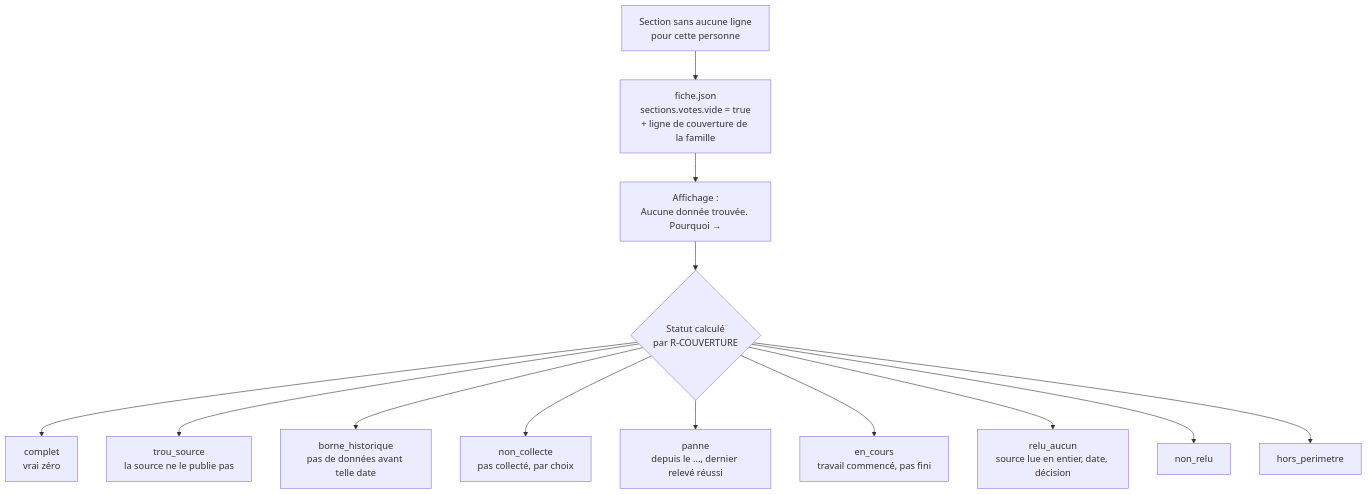
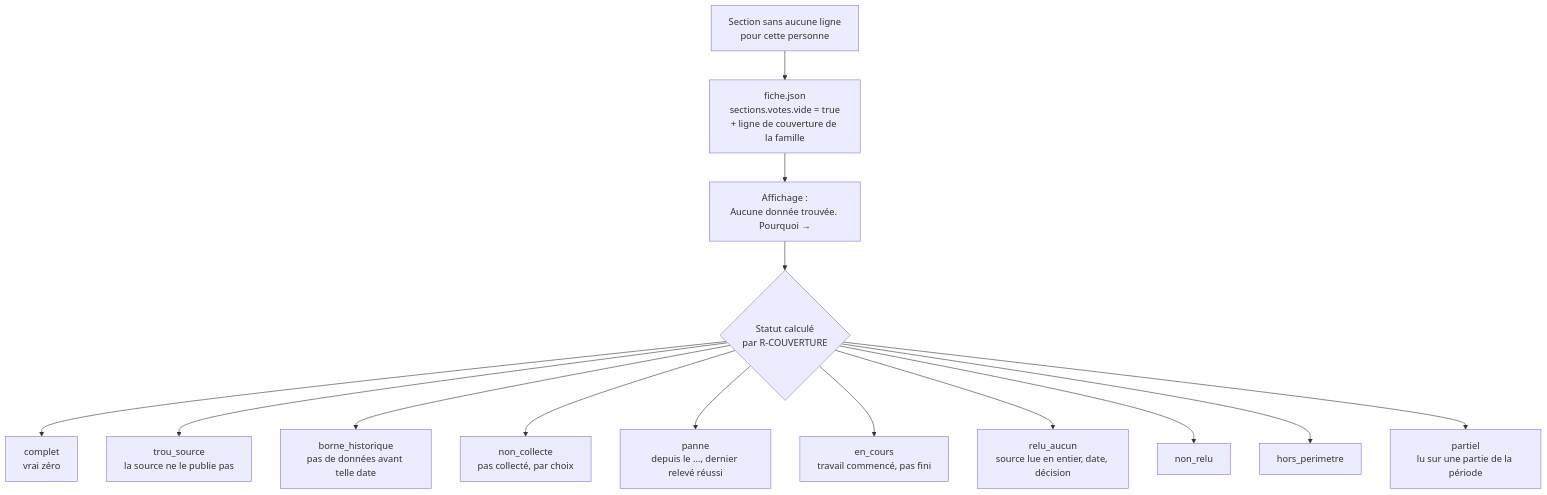
One commit to stephieED/Empreinte-politique-new-pipeline-test changed diagram 11 of 19 in livrables/1-modele-de-donnees.md. Above: the diagram before and after it, drawn with Mermaid. The commit also changed other lines of this file and 8 other files, not shown here.

````diff
--- a/livrables/1-modele-de-donnees.md
+++ b/livrables/1-modele-de-donnees.md
@@ -860,15 +873,16 @@
 ```mermaid
 flowchart TB
     V["Section sans aucune ligne<br/>pour cette personne"] --> F["fiche.json<br/>sections.votes.vide = true<br/>+ ligne de couverture de la famille"]
     F --> A["Affichage :<br/>Aucune donnée trouvée. Pourquoi →"]
     A --> S{"Statut calculé<br/>par R-COUVERTURE"}
     S --> C1["complet<br/>vrai zéro"]
     S --> C2["trou_source<br/>la source ne le publie pas"]
     S --> C3["borne_historique<br/>pas de données avant telle date"]
     S --> C4["non_collecte<br/>pas collecté, par choix"]
     S --> C5["panne<br/>depuis le ..., dernier relevé réussi"]
     S --> C6["en_cours<br/>travail commencé, pas fini"]
     S --> C7["relu_aucun<br/>source lue en entier, date, décision"]
     S --> C8["non_relu"]
     S --> C9["hors_perimetre"]
+    S --> C10["partiel<br/>lu sur une partie de la période"]
 ```
````
